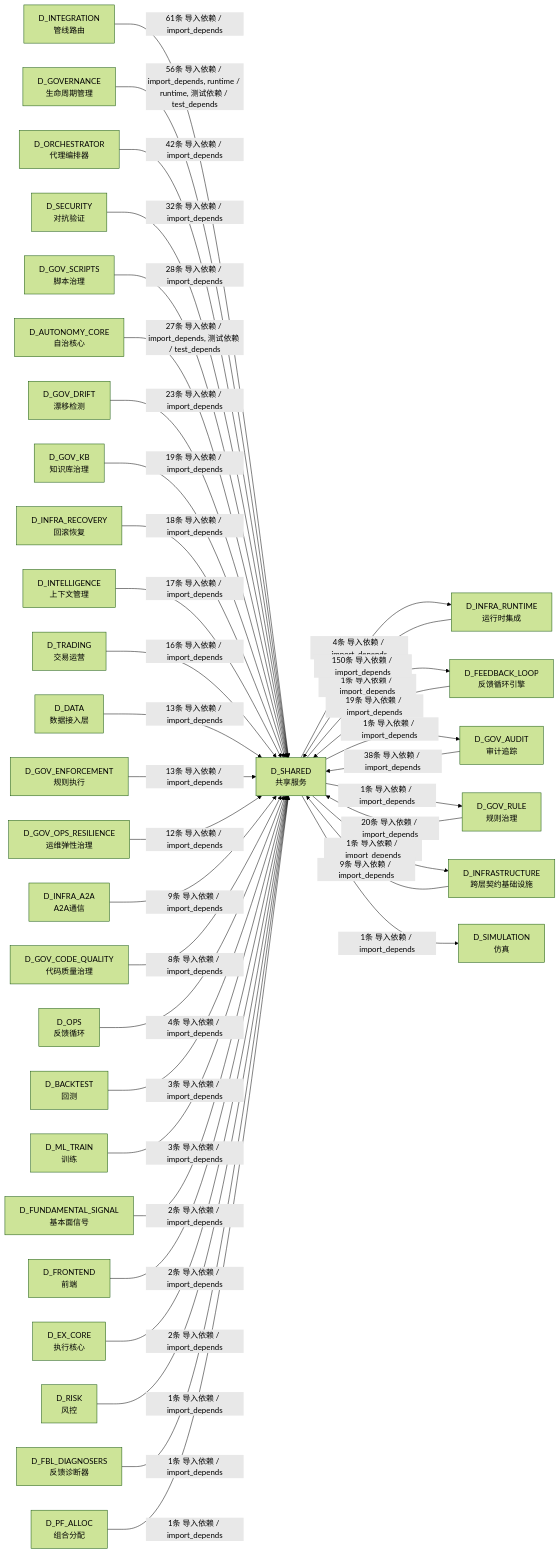
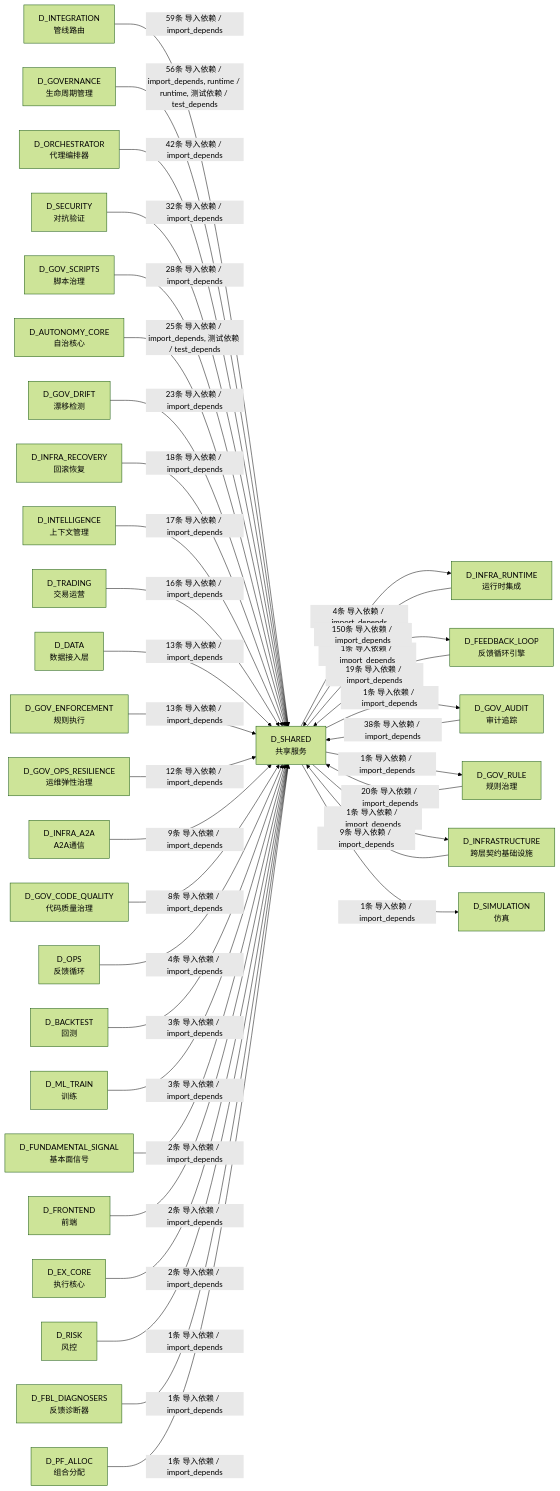
Before and after one commit to xuanFelixVan/ZephyrAlpha: the tenth of 10 diagrams in docs/02_enterprise_architecture/02_domain_architecture_docs/26_d_shared.md, drawn with Mermaid (forest theme). The commit also changed other lines of this file and 65 other files, not shown here.

````diff
--- a/docs/02_enterprise_architecture/02_domain_architecture_docs/26_d_shared.md
+++ b/docs/02_enterprise_architecture/02_domain_architecture_docs/26_d_shared.md
@@ -1715,71 +1720,69 @@
 ```mermaid
 graph LR
     D_SHARED["D_SHARED<br/>共享服务"]
     D_INFRA_RUNTIME["D_INFRA_RUNTIME<br/>运行时集成"]
     D_FEEDBACK_LOOP["D_FEEDBACK_LOOP<br/>反馈循环引擎"]
     D_GOV_AUDIT["D_GOV_AUDIT<br/>审计追踪"]
     D_GOV_RULE["D_GOV_RULE<br/>规则治理"]
     D_INFRASTRUCTURE["D_INFRASTRUCTURE<br/>跨层契约基础设施"]
     D_SIMULATION["D_SIMULATION<br/>仿真"]
     D_INTEGRATION["D_INTEGRATION<br/>管线路由"]
     D_GOVERNANCE["D_GOVERNANCE<br/>生命周期管理"]
     D_ORCHESTRATOR["D_ORCHESTRATOR<br/>代理编排器"]
     D_SECURITY["D_SECURITY<br/>对抗验证"]
     D_GOV_SCRIPTS["D_GOV_SCRIPTS<br/>脚本治理"]
     D_AUTONOMY_CORE["D_AUTONOMY_CORE<br/>自治核心"]
     D_GOV_DRIFT["D_GOV_DRIFT<br/>漂移检测"]
-    D_GOV_KB["D_GOV_KB<br/>知识库治理"]
     D_INFRA_RECOVERY["D_INFRA_RECOVERY<br/>回滚恢复"]
     D_INTELLIGENCE["D_INTELLIGENCE<br/>上下文管理"]
     D_TRADING["D_TRADING<br/>交易运营"]
     D_DATA["D_DATA<br/>数据接入层"]
     D_GOV_ENFORCEMENT["D_GOV_ENFORCEMENT<br/>规则执行"]
     D_GOV_OPS_RESILIENCE["D_GOV_OPS_RESILIENCE<br/>运维弹性治理"]
     D_INFRA_A2A["D_INFRA_A2A<br/>A2A通信"]
     D_GOV_CODE_QUALITY["D_GOV_CODE_QUALITY<br/>代码质量治理"]
     D_OPS["D_OPS<br/>反馈循环"]
     D_BACKTEST["D_BACKTEST<br/>回测"]
     D_ML_TRAIN["D_ML_TRAIN<br/>训练"]
     D_FUNDAMENTAL_SIGNAL["D_FUNDAMENTAL_SIGNAL<br/>基本面信号"]
     D_FRONTEND["D_FRONTEND<br/>前端"]
     D_EX_CORE["D_EX_CORE<br/>执行核心"]
     D_RISK["D_RISK<br/>风控"]
     D_FBL_DIAGNOSERS["D_FBL_DIAGNOSERS<br/>反馈诊断器"]
     D_PF_ALLOC["D_PF_ALLOC<br/>组合分配"]
     D_SHARED -->|4条 导入依赖 / import_depends| D_INFRA_RUNTIME
     D_SHARED -->|1条 导入依赖 / import_depends| D_FEEDBACK_LOOP
     D_SHARED -->|1条 导入依赖 / import_depends| D_GOV_AUDIT
     D_SHARED -->|1条 导入依赖 / import_depends| D_GOV_RULE
     D_SHARED -->|1条 导入依赖 / import_depends| D_INFRASTRUCTURE
     D_SHARED -->|1条 导入依赖 / import_depends| D_SIMULATION
     D_INFRA_RUNTIME -->|150条 导入依赖 / import_depends| D_SHARED
-    D_INTEGRATION -->|61条 导入依赖 / import_depends| D_SHARED
+    D_INTEGRATION -->|59条 导入依赖 / import_depends| D_SHARED
     D_GOVERNANCE -->|56条 导入依赖 / import_depends, runtime / runtime, 测试依赖 / test_depends| D_SHARED
     D_ORCHESTRATOR -->|42条 导入依赖 / import_depends| D_SHARED
     D_GOV_AUDIT -->|38条 导入依赖 / import_depends| D_SHARED
     D_SECURITY -->|32条 导入依赖 / import_depends| D_SHARED
     D_GOV_SCRIPTS -->|28条 导入依赖 / import_depends| D_SHARED
-    D_AUTONOMY_CORE -->|27条 导入依赖 / import_depends, 测试依赖 / test_depends| D_SHARED
+    D_AUTONOMY_CORE -->|25条 导入依赖 / import_depends, 测试依赖 / test_depends| D_SHARED
     D_GOV_DRIFT -->|23条 导入依赖 / import_depends| D_SHARED
     D_GOV_RULE -->|20条 导入依赖 / import_depends| D_SHARED
-    D_GOV_KB -->|19条 导入依赖 / import_depends| D_SHARED
     D_FEEDBACK_LOOP -->|19条 导入依赖 / import_depends| D_SHARED
     D_INFRA_RECOVERY -->|18条 导入依赖 / import_depends| D_SHARED
     D_INTELLIGENCE -->|17条 导入依赖 / import_depends| D_SHARED
     D_TRADING -->|16条 导入依赖 / import_depends| D_SHARED
     D_DATA -->|13条 导入依赖 / import_depends| D_SHARED
     D_GOV_ENFORCEMENT -->|13条 导入依赖 / import_depends| D_SHARED
     D_GOV_OPS_RESILIENCE -->|12条 导入依赖 / import_depends| D_SHARED
     D_INFRASTRUCTURE -->|9条 导入依赖 / import_depends| D_SHARED
     D_INFRA_A2A -->|9条 导入依赖 / import_depends| D_SHARED
     D_GOV_CODE_QUALITY -->|8条 导入依赖 / import_depends| D_SHARED
     D_OPS -->|4条 导入依赖 / import_depends| D_SHARED
     D_BACKTEST -->|3条 导入依赖 / import_depends| D_SHARED
     D_ML_TRAIN -->|3条 导入依赖 / import_depends| D_SHARED
     D_FUNDAMENTAL_SIGNAL -->|2条 导入依赖 / import_depends| D_SHARED
     D_FRONTEND -->|2条 导入依赖 / import_depends| D_SHARED
     D_EX_CORE -->|2条 导入依赖 / import_depends| D_SHARED
     D_RISK -->|1条 导入依赖 / import_depends| D_SHARED
     D_FBL_DIAGNOSERS -->|1条 导入依赖 / import_depends| D_SHARED
     D_PF_ALLOC -->|1条 导入依赖 / import_depends| D_SHARED
 ```
````
